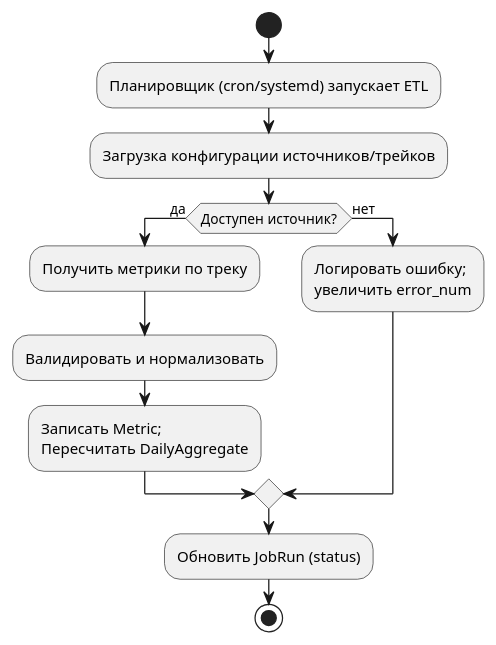
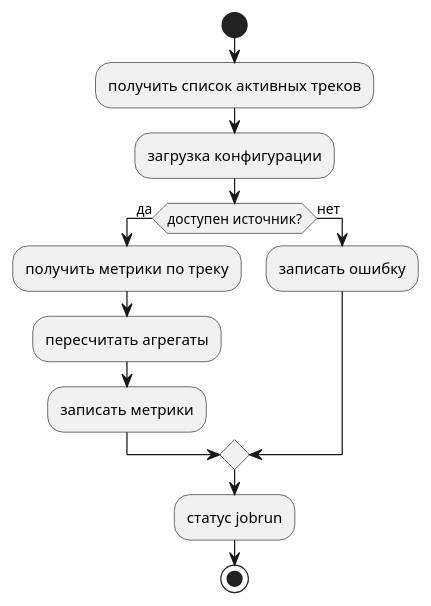
One commit to rom4ikahaha/y4et-soundclouda changed the diagram in docs/digrams/c6op_metrik.puml. Above: the diagram before and after it, drawn with PlantUML.

```diff
--- a/docs/digrams/c6op_metrik.puml
+++ b/docs/digrams/c6op_metrik.puml
@@ -1,27 +1,25 @@
 @startuml
-
 start
 
-:Планировщик (cron/systemd) запускает ETL;
+:получить список активных треков;
 
-:Загрузка конфигурации источников/трейков;
+:загрузка конфигурации;
 
-if (Доступен источник?) then (да)
+if (доступен источник?) then (да)
 
-:Получить метрики по треку;
+:получить метрики по треку;
 
-:Валидировать и нормализовать;
+:пересчитать агрегаты;
 
-:Записать Metric;\nПересчитать DailyAggregate;
+:записать метрики;
 
 else (нет)
 
-:Логировать ошибку;\nувеличить error_num;
+:записать ошибку;
 
-endif
+endif 
 
-:Обновить JobRun (status);
+:статус jobrun;
 
 stop
-
 @enduml
```
